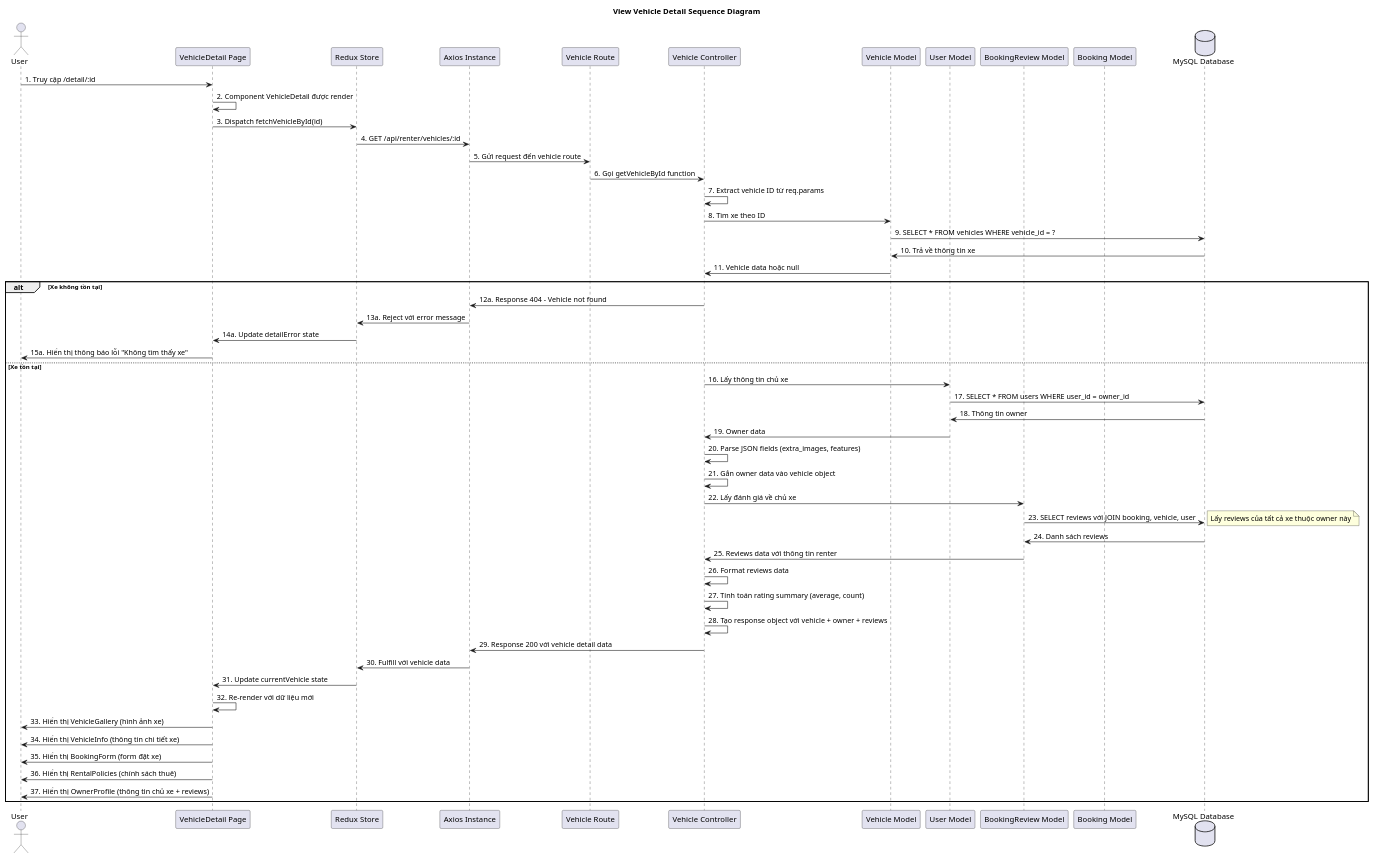
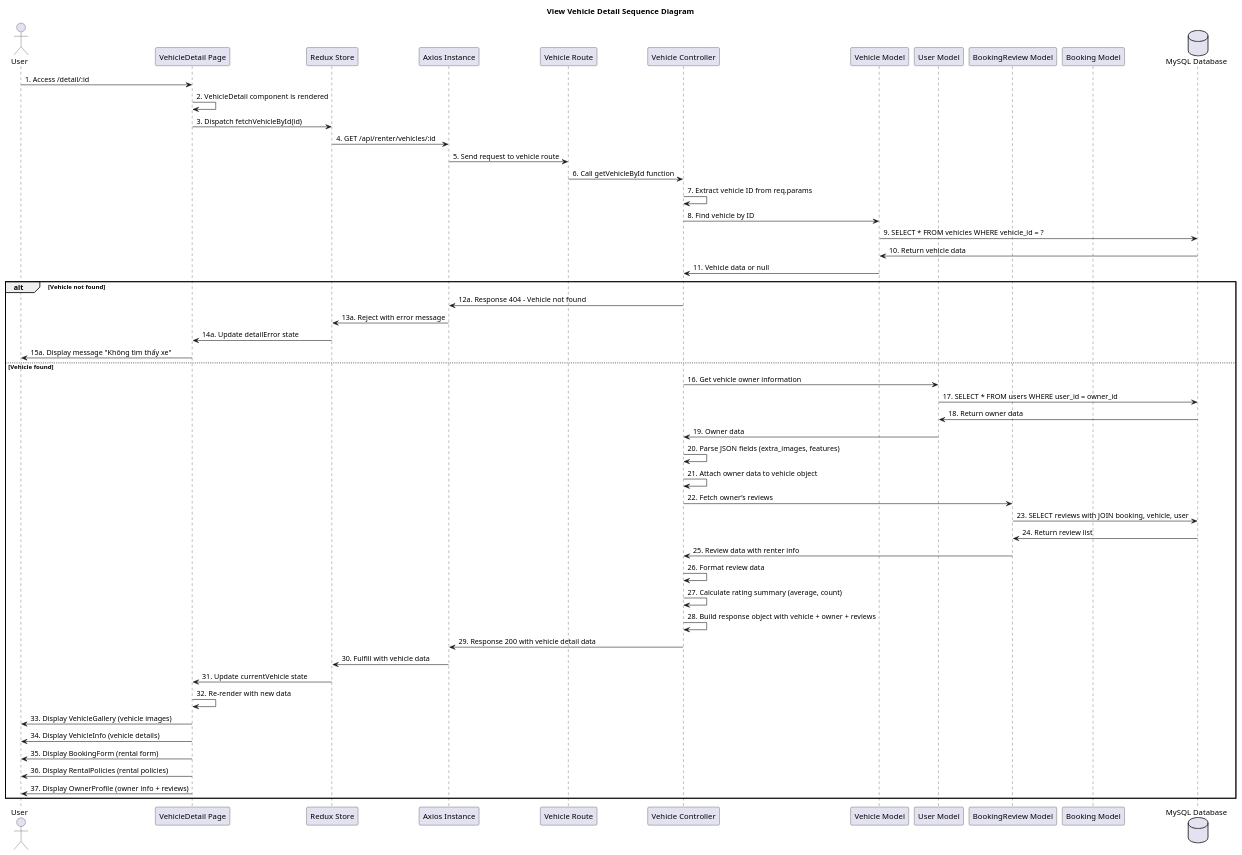
The diagram in backend/docs/sequence_diagrams/view_vehicle_detail.puml (vankhai-coder/SEP_Rentzy), drawn with PlantUML before and after one commit. The commit also changed 34 other files, not shown here.

```diff
--- a/backend/docs/sequence_diagrams/view_vehicle_detail.puml
+++ b/backend/docs/sequence_diagrams/view_vehicle_detail.puml
@@ -1,66 +1,65 @@
 @startuml view_vehicle_detail
 
 title View Vehicle Detail Sequence Diagram
 
 actor User
 participant "VehicleDetail Page" as FE
 participant "Redux Store" as Redux
 participant "Axios Instance" as Axios
 participant "Vehicle Route" as Route
 participant "Vehicle Controller" as Controller
 participant "Vehicle Model" as VehicleModel
 participant "User Model" as UserModel
 participant "BookingReview Model" as ReviewModel
 participant "Booking Model" as BookingModel
 database "MySQL Database" as DB
 
-User -> FE: 1. Truy cập /detail/:id
-FE -> FE: 2. Component VehicleDetail được render
+User -> FE: 1. Access /detail/:id
+FE -> FE: 2. VehicleDetail component is rendered
 FE -> Redux: 3. Dispatch fetchVehicleById(id)
 Redux -> Axios: 4. GET /api/renter/vehicles/:id
-Axios -> Route: 5. Gửi request đến vehicle route
-Route -> Controller: 6. Gọi getVehicleById function
+Axios -> Route: 5. Send request to vehicle route
+Route -> Controller: 6. Call getVehicleById function
 
-Controller -> Controller: 7. Extract vehicle ID từ req.params
-Controller -> VehicleModel: 8. Tìm xe theo ID
+Controller -> Controller: 7. Extract vehicle ID from req.params
+Controller -> VehicleModel: 8. Find vehicle by ID
 VehicleModel -> DB: 9. SELECT * FROM vehicles WHERE vehicle_id = ?
-DB -> VehicleModel: 10. Trả về thông tin xe
-VehicleModel -> Controller: 11. Vehicle data hoặc null
+DB -> VehicleModel: 10. Return vehicle data
+VehicleModel -> Controller: 11. Vehicle data or null
 
-alt Xe không tồn tại
+alt Vehicle not found
     Controller -> Axios: 12a. Response 404 - Vehicle not found
-    Axios -> Redux: 13a. Reject với error message
+    Axios -> Redux: 13a. Reject with error message
     Redux -> FE: 14a. Update detailError state
-    FE -> User: 15a. Hiển thị thông báo lỗi "Không tìm thấy xe"
-else Xe tồn tại
-    Controller -> UserModel: 16. Lấy thông tin chủ xe
+    FE -> User: 15a. Display message "Không tìm thấy xe"
+else Vehicle found
+    Controller -> UserModel: 16. Get vehicle owner information
     UserModel -> DB: 17. SELECT * FROM users WHERE user_id = owner_id
-    DB -> UserModel: 18. Thông tin owner
+    DB -> UserModel: 18. Return owner data
     UserModel -> Controller: 19. Owner data
-    
+
     Controller -> Controller: 20. Parse JSON fields (extra_images, features)
-    Controller -> Controller: 21. Gắn owner data vào vehicle object
-    
-    Controller -> ReviewModel: 22. Lấy đánh giá về chủ xe
-    ReviewModel -> DB: 23. SELECT reviews với JOIN booking, vehicle, user
-    note right: Lấy reviews của tất cả xe thuộc owner này
-    DB -> ReviewModel: 24. Danh sách reviews
-    ReviewModel -> Controller: 25. Reviews data với thông tin renter
-    
-    Controller -> Controller: 26. Format reviews data
-    Controller -> Controller: 27. Tính toán rating summary (average, count)
-    Controller -> Controller: 28. Tạo response object với vehicle + owner + reviews
-    
-    Controller -> Axios: 29. Response 200 với vehicle detail data
-    Axios -> Redux: 30. Fulfill với vehicle data
+    Controller -> Controller: 21. Attach owner data to vehicle object
+
+    Controller -> ReviewModel: 22. Fetch owner’s reviews
+    ReviewModel -> DB: 23. SELECT reviews with JOIN booking, vehicle, user
+    DB -> ReviewModel: 24. Return review list
+    ReviewModel -> Controller: 25. Review data with renter info
+
+    Controller -> Controller: 26. Format review data
+    Controller -> Controller: 27. Calculate rating summary (average, count)
+    Controller -> Controller: 28. Build response object with vehicle + owner + reviews
+
+    Controller -> Axios: 29. Response 200 with vehicle detail data
+    Axios -> Redux: 30. Fulfill with vehicle data
     Redux -> FE: 31. Update currentVehicle state
-    FE -> FE: 32. Re-render với dữ liệu mới
-    
-    FE -> User: 33. Hiển thị VehicleGallery (hình ảnh xe)
-    FE -> User: 34. Hiển thị VehicleInfo (thông tin chi tiết xe)
-    FE -> User: 35. Hiển thị BookingForm (form đặt xe)
-    FE -> User: 36. Hiển thị RentalPolicies (chính sách thuê)
-    FE -> User: 37. Hiển thị OwnerProfile (thông tin chủ xe + reviews)
+    FE -> FE: 32. Re-render with new data
+
+    FE -> User: 33. Display VehicleGallery (vehicle images)
+    FE -> User: 34. Display VehicleInfo (vehicle details)
+    FE -> User: 35. Display BookingForm (rental form)
+    FE -> User: 36. Display RentalPolicies (rental policies)
+    FE -> User: 37. Display OwnerProfile (owner info + reviews)
 end
 
 @enduml
```
